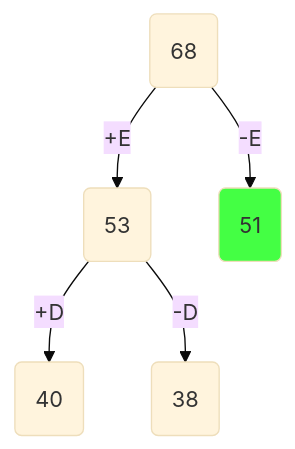
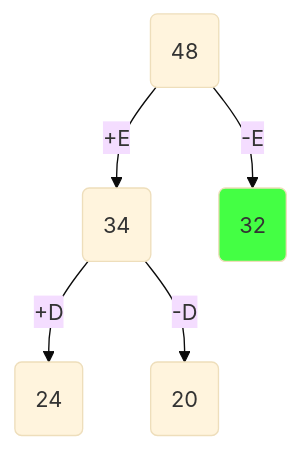
One commit to ggpillow/algorithm changed the second of 10 diagrams in 18task.md. Above: the diagram before and after it, drawn with Mermaid (base theme). The commit also changed other lines of this file, not shown here.

````diff
--- a/18task.md
+++ b/18task.md
@@ -89,14 +100,14 @@
 ``` mermaid
 flowchart TD
-A(68)
-B(53)
-C(51)
-D(40)
-E(38)
+A(48)
+B(34)
+C(32)
+D(24)
+E(20)
 A -- +E--> B
 A -- -E--> C
 B -- +D--> D
 B -- -D--> E
 
 style C fill:#4f4f
 ```
````
